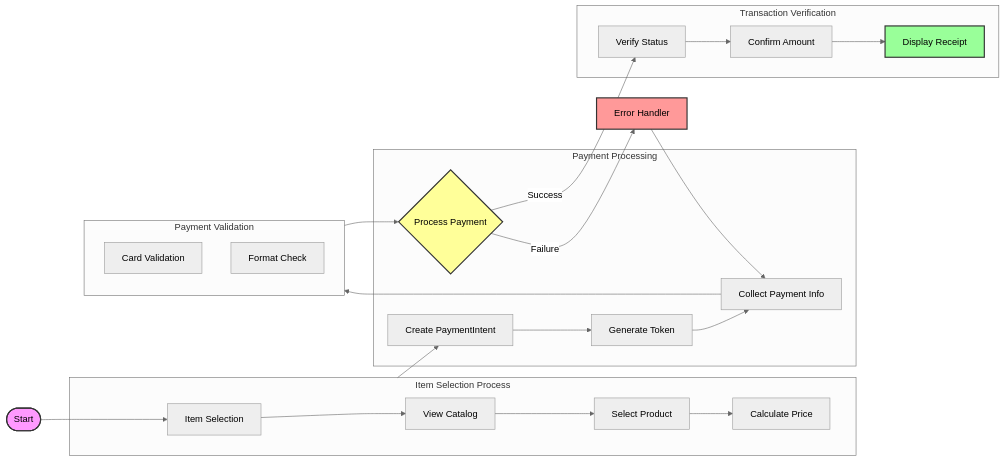
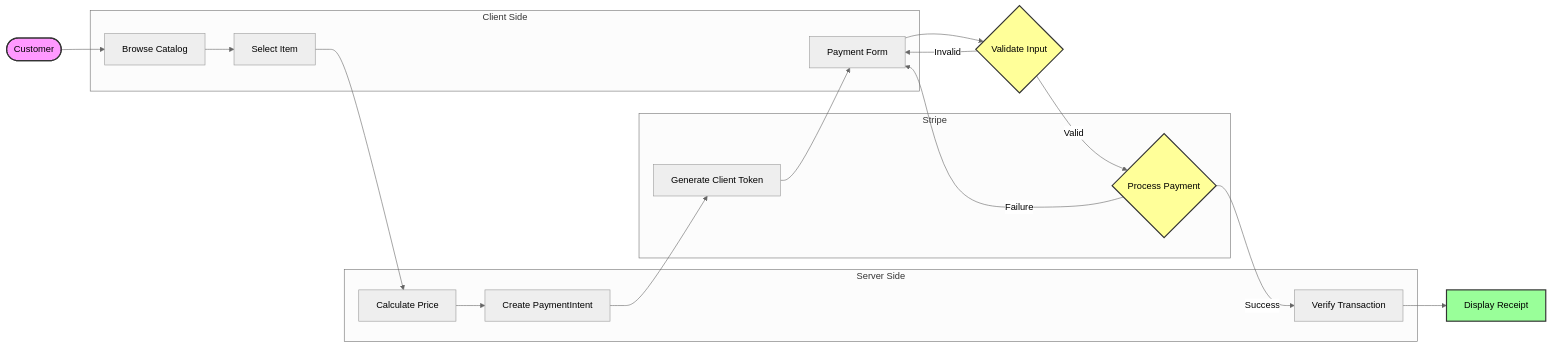
One commit to therealkevops/sa-thp-solution changed the diagram in README.md. Above: the diagram before and after it, drawn with Mermaid (neutral theme).

Commit message:
minor edits

````diff
--- a/README.md
+++ b/README.md
@@ -65,44 +65,42 @@
 ```mermaid
 flowchart LR
-    A([Start]) --> B[Item Selection]
-    
-    subgraph Selection["Item Selection Process"]
-        B --> B1[View Catalog]
-        B1 --> B2[Select Product]
-        B2 --> B3[Calculate Price]
+    %% Main flow nodes
+    Start([Customer]) --> Cat[Browse Catalog]
+    Cat --> Select[Select Item]
+    Select --> Price[Calculate Price]
+    Price --> Intent[Create PaymentIntent]
+    Intent --> Token[Generate Client Token]
+    Token --> Payment[Payment Form]
+    Payment --> Validate{Validate Input}
+    Validate -->|Valid| Process{Process Payment}
+    Validate -->|Invalid| Payment
+    Process -->|Success| Verify[Verify Transaction]
+    Process -->|Failure| Payment
+    Verify --> Receipt[Display Receipt]
+
+    %% Styling
+    style Start fill:#f9f,stroke:#333,stroke-width:2px
+    style Process fill:#ff9,stroke:#333,stroke-width:2px
+    style Receipt fill:#9f9,stroke:#333,stroke-width:2px
+    style Validate fill:#ff9,stroke:#333,stroke-width:2px
+
+    %% Subgraph for client-side operations
+    subgraph "Client Side"
+        Cat
+        Select
+        Payment
     end
-    
-    subgraph Payment["Payment Processing"]
-        C[Create PaymentIntent]
-        D[Generate Token]
-        E[Collect Payment Info]
-        F{Process Payment}
+
+    %% Subgraph for server-side operations
+    subgraph "Server Side"
+        Price
+        Intent
+        Verify
     end
-    
-    subgraph Validation["Payment Validation"]
-        E1[Card Validation]
-        E2[Format Check]
+
+    %% Subgraph for Stripe operations
+    subgraph "Stripe"
+        Token
+        Process
     end
-    
-    subgraph Verification["Transaction Verification"]
-        G1[Verify Status]
-        G2[Confirm Amount]
-        H[Display Receipt]
-    end
-    
-    Selection --> C
-    C --> D
-    D --> E
-    E --> Validation
-    Validation --> F
-    F -->|Success| G1
-    G1 --> G2
-    G2 --> H
-    F -->|Failure| I[Error Handler]
-    I --> E
-    
-    style A fill:#f9f,stroke:#333,stroke-width:2px
-    style F fill:#ff9,stroke:#333,stroke-width:2px
-    style H fill:#9f9,stroke:#333,stroke-width:2px
-    style I fill:#f99,stroke:#333,stroke-width:2px
 ```
````
